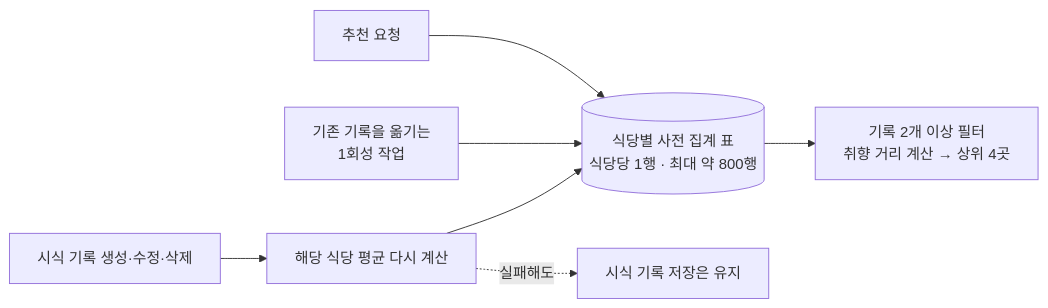
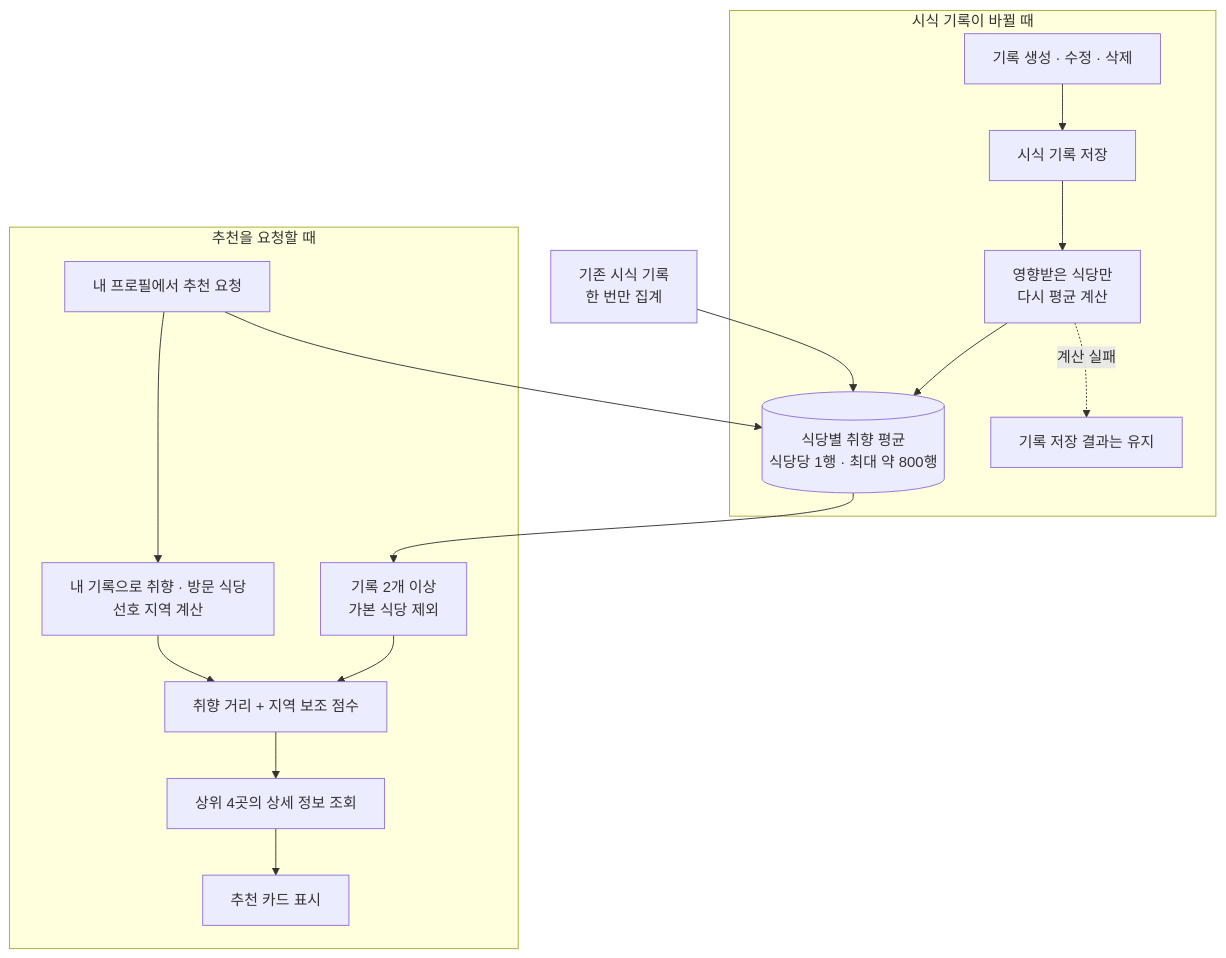
One commit to Jinacker/PortFolio changed the second of 2 diagrams in public/mds/katsu-map/impl-4-recommend.md. Above: the diagram before and after it, drawn with Mermaid. The commit also changed other lines of this file and 3 other files, not shown here.

````diff
--- a/public/mds/katsu-map/impl-4-recommend.md
+++ b/public/mds/katsu-map/impl-4-recommend.md
@@ -28,9 +88,21 @@
 ```mermaid
-flowchart LR
-    W["시식 기록 생성·수정·삭제"] --> U["해당 식당 평균 다시 계산"]
-    U --> S[("식당별 사전 집계 표<br/>식당당 1행 · 최대 약 800행")]
-    U -.->|"실패해도"| K["시식 기록 저장은 유지"]
-    B["기존 기록을 옮기는<br/>1회성 작업"] --> S
-    R["추천 요청"] --> S
-    S --> F["기록 2개 이상 필터<br/>취향 거리 계산 → 상위 4곳"]
+flowchart TB
+    Backfill["기존 시식 기록<br/>한 번만 집계"] --> Stats[("식당별 취향 평균<br/>식당당 1행 · 최대 약 800행")]
+
+    subgraph Write["시식 기록이 바뀔 때"]
+        Change["기록 생성 · 수정 · 삭제"] --> Saved["시식 기록 저장"]
+        Saved --> Recalc["영향받은 식당만<br/>다시 평균 계산"]
+        Recalc --> Stats
+        Recalc -. "계산 실패" .-> Keep["기록 저장 결과는 유지"]
+    end
+
+    subgraph Read["추천을 요청할 때"]
+        Request["내 프로필에서 추천 요청"] --> Mine["내 기록으로 취향 · 방문 식당<br/>선호 지역 계산"]
+        Request --> Stats
+        Stats --> Filter["기록 2개 이상<br/>가본 식당 제외"]
+        Mine --> Rank["취향 거리 + 지역 보조 점수"]
+        Filter --> Rank
+        Rank --> Top["상위 4곳의 상세 정보 조회"]
+        Top --> Cards["추천 카드 표시"]
+    end
 ```
````
